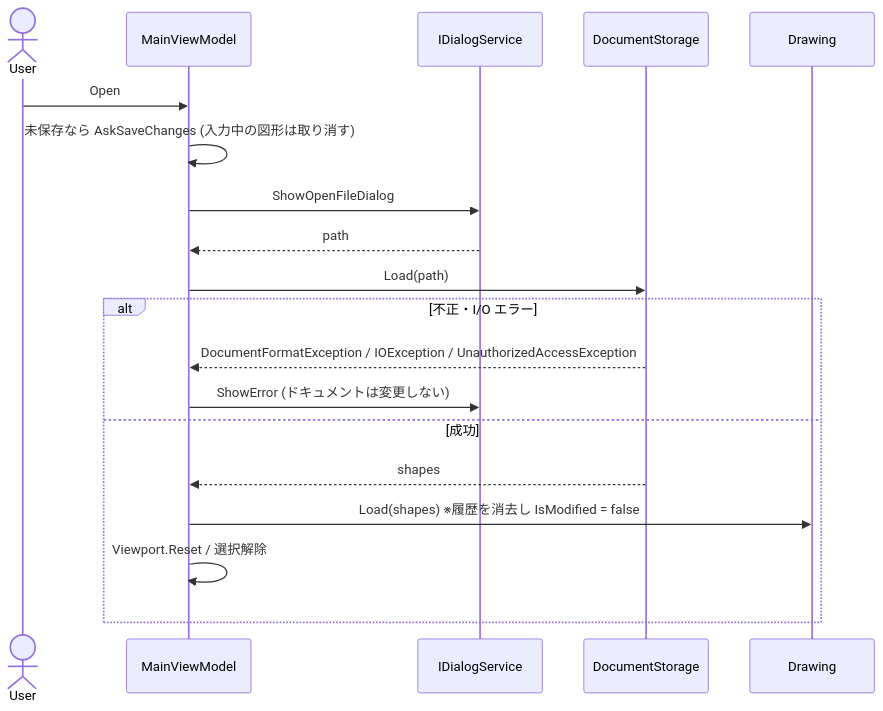
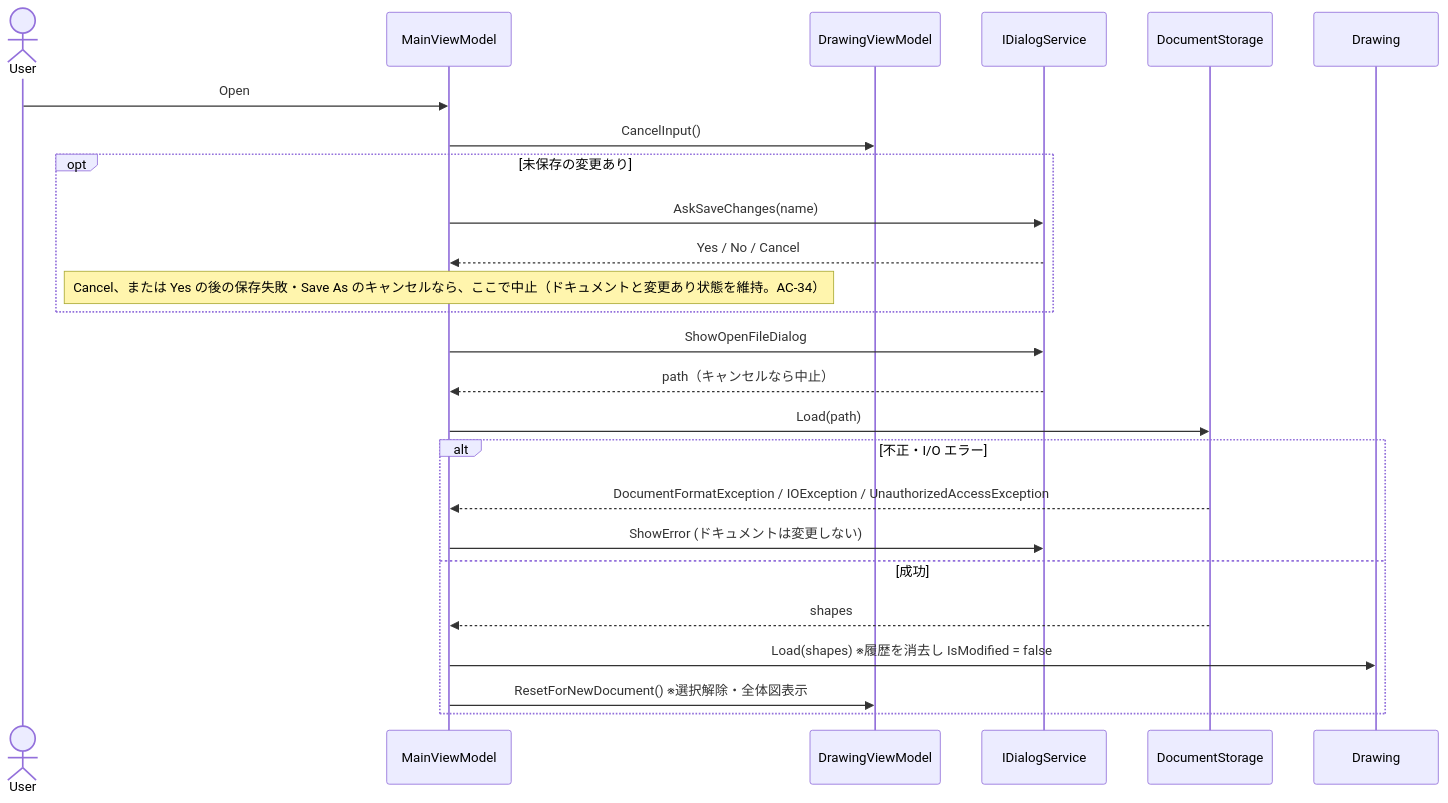
Before and after one commit to Fujiwo/Shos.WpfCadSample: the tenth of 11 diagrams in Documents/20261105-cad-architecture.md, drawn with Mermaid. The commit also changed other lines of this file and 6 other files, not shown here.

````diff
--- a/Documents/20261105-cad-architecture.md
+++ b/Documents/20261105-cad-architecture.md
@@ -564,21 +579,27 @@
 ```mermaid
 sequenceDiagram
     actor User
     participant MVM as MainViewModel
+    participant DVM as DrawingViewModel
     participant DS as IDialogService
     participant ST as DocumentStorage
     participant D as Drawing
     User->>MVM: Open
-    MVM->>MVM: 未保存なら AskSaveChanges (入力中の図形は取り消す)
+    MVM->>DVM: CancelInput()
+    opt 未保存の変更あり
+        MVM->>DS: AskSaveChanges(name)
+        DS-->>MVM: Yes / No / Cancel
+        Note over MVM: Cancel、または Yes の後の保存失敗・Save As のキャンセルなら、ここで中止（ドキュメントと変更あり状態を維持。AC-34）
+    end
     MVM->>DS: ShowOpenFileDialog
-    DS-->>MVM: path
+    DS-->>MVM: path（キャンセルなら中止）
     MVM->>ST: Load(path)
     alt 不正・I/O エラー
         ST-->>MVM: DocumentFormatException / IOException / UnauthorizedAccessException
         MVM->>DS: ShowError (ドキュメントは変更しない)
     else 成功
         ST-->>MVM: shapes
         MVM->>D: Load(shapes) ※履歴を消去し IsModified = false
-        MVM->>MVM: Viewport.Reset / 選択解除
+        MVM->>DVM: ResetForNewDocument() ※選択解除・全体図表示
     end
 ```
````
